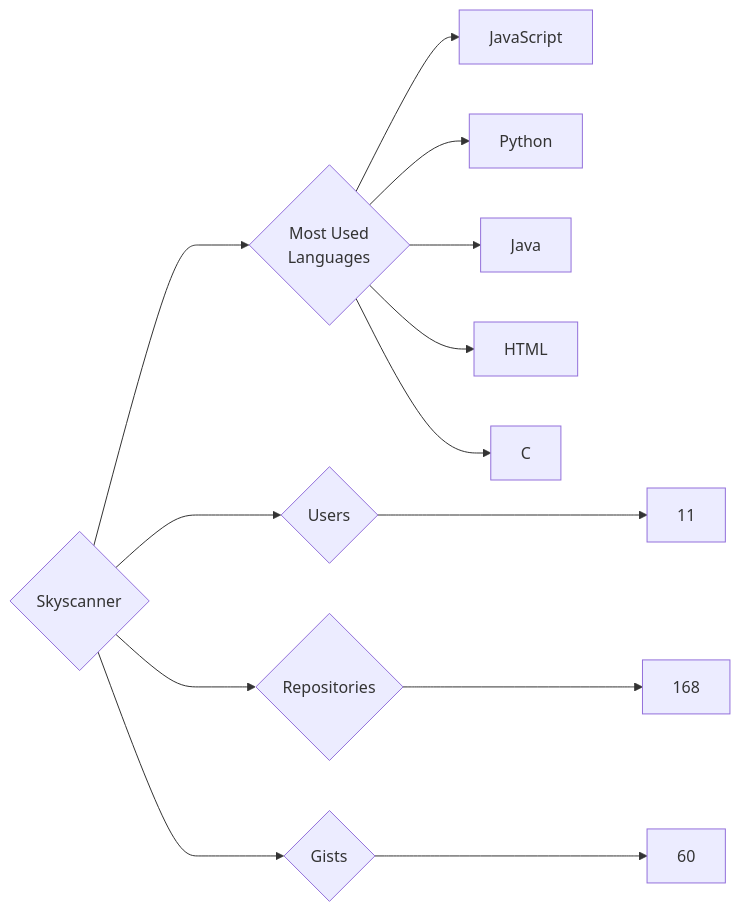
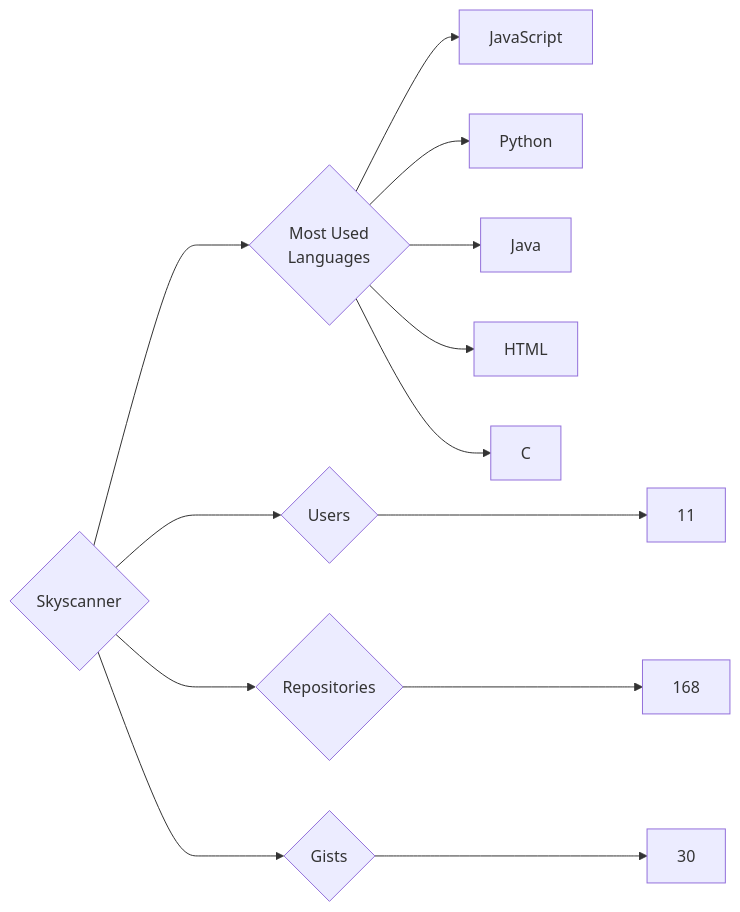
Before and after one commit to trickest/insiders: the diagram in targets/Skyscanner/README.md, drawn with Mermaid. The commit also changed 898 other files, not shown here.

````diff
--- a/targets/Skyscanner/README.md
+++ b/targets/Skyscanner/README.md
@@ -3,13 +3,13 @@
 ```mermaid
 graph LR
 COMPANY_NAME{Skyscanner}
 COMPANY_NAME ---> U{Users} ---> UN[11]
 COMPANY_NAME ---> R{Repositories} ---> RN[168]
-COMPANY_NAME ---> G{Gists} ---> GN[60]
+COMPANY_NAME ---> G{Gists} ---> GN[30]
 COMPANY_NAME ---> ML{Most Used<br>Languages}
 ML --> JavaScript[JavaScript]
 ML --> Python[Python]
 ML --> Java[Java]
 ML --> HTML[HTML]
 ML --> C[C]
 ```
````
